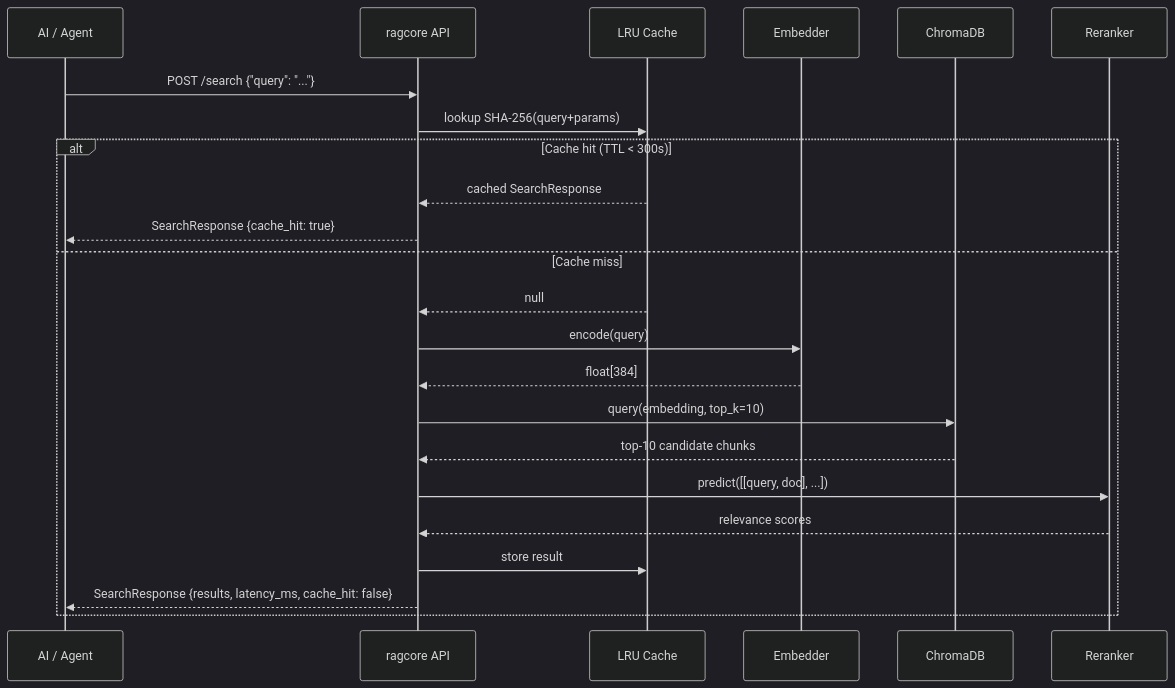
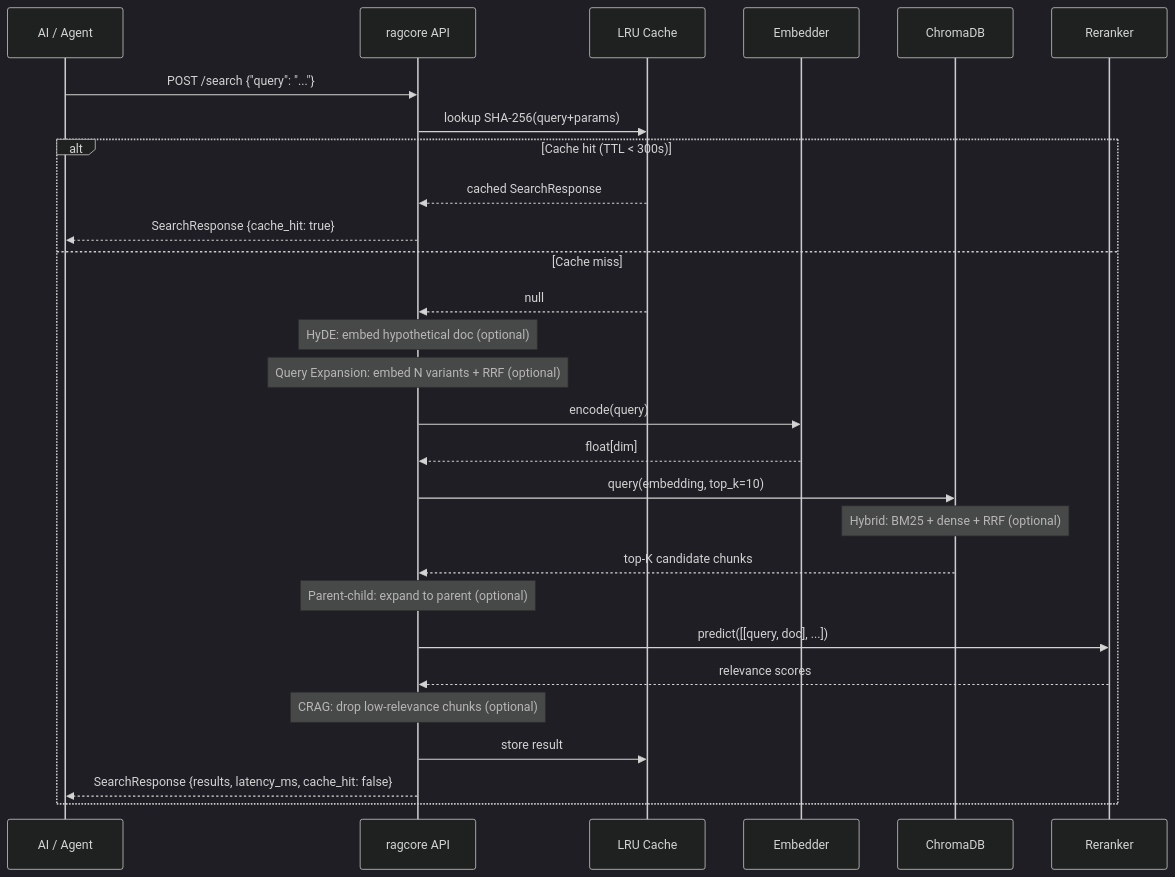
Before and after one commit to EfrainGaray/ragcore: the second of 4 diagrams in README.md, drawn with Mermaid (dark theme). The commit also changed other lines of this file, not shown here.

````diff
--- a/README.md
+++ b/README.md
@@ -76,26 +166,31 @@
 ```mermaid
 sequenceDiagram
     participant AI as AI / Agent
     participant API as ragcore API
     participant Cache as LRU Cache
     participant Embed as Embedder
     participant Chroma as ChromaDB
     participant Rerank as Reranker
 
     AI->>API: POST /search {"query": "..."}
     API->>Cache: lookup SHA-256(query+params)
     alt Cache hit (TTL < 300s)
         Cache-->>API: cached SearchResponse
         API-->>AI: SearchResponse {cache_hit: true}
     else Cache miss
         Cache-->>API: null
+        Note over API: HyDE: embed hypothetical doc (optional)
+        Note over API: Query Expansion: embed N variants + RRF (optional)
         API->>Embed: encode(query)
-        Embed-->>API: float[384]
+        Embed-->>API: float[dim]
         API->>Chroma: query(embedding, top_k=10)
-        Chroma-->>API: top-10 candidate chunks
+        Note over Chroma: Hybrid: BM25 + dense + RRF (optional)
+        Chroma-->>API: top-K candidate chunks
+        Note over API: Parent-child: expand to parent (optional)
         API->>Rerank: predict([[query, doc], ...])
         Rerank-->>API: relevance scores
+        Note over API: CRAG: drop low-relevance chunks (optional)
         API->>Cache: store result
         API-->>AI: SearchResponse {results, latency_ms, cache_hit: false}
     end
 ```
````
